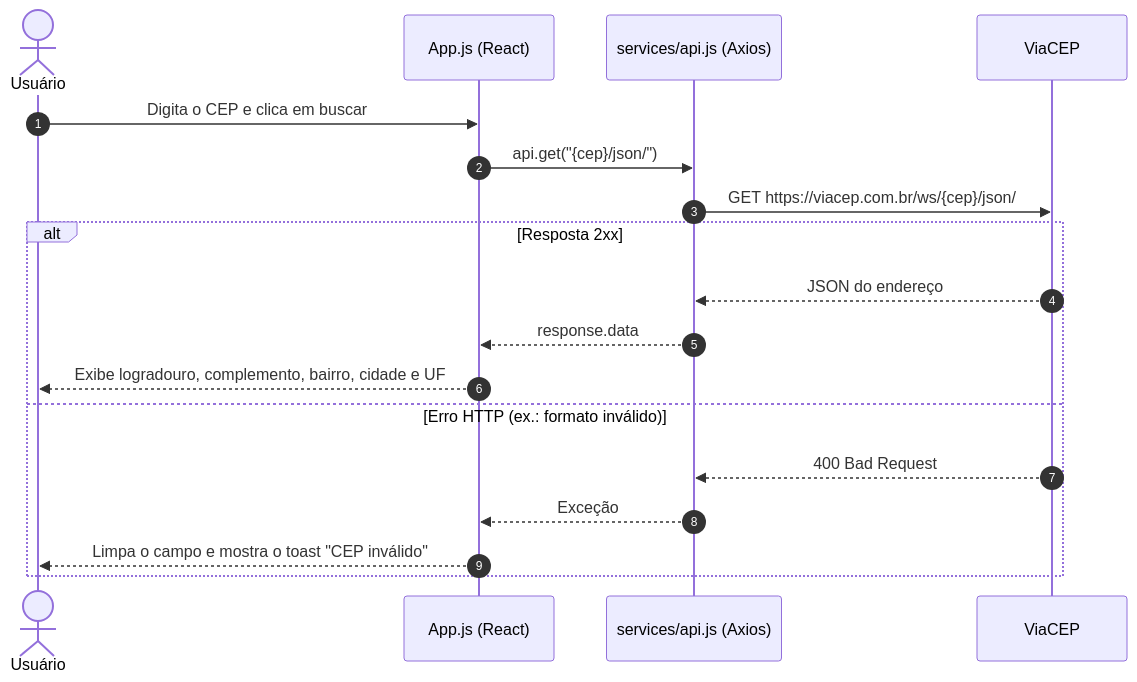
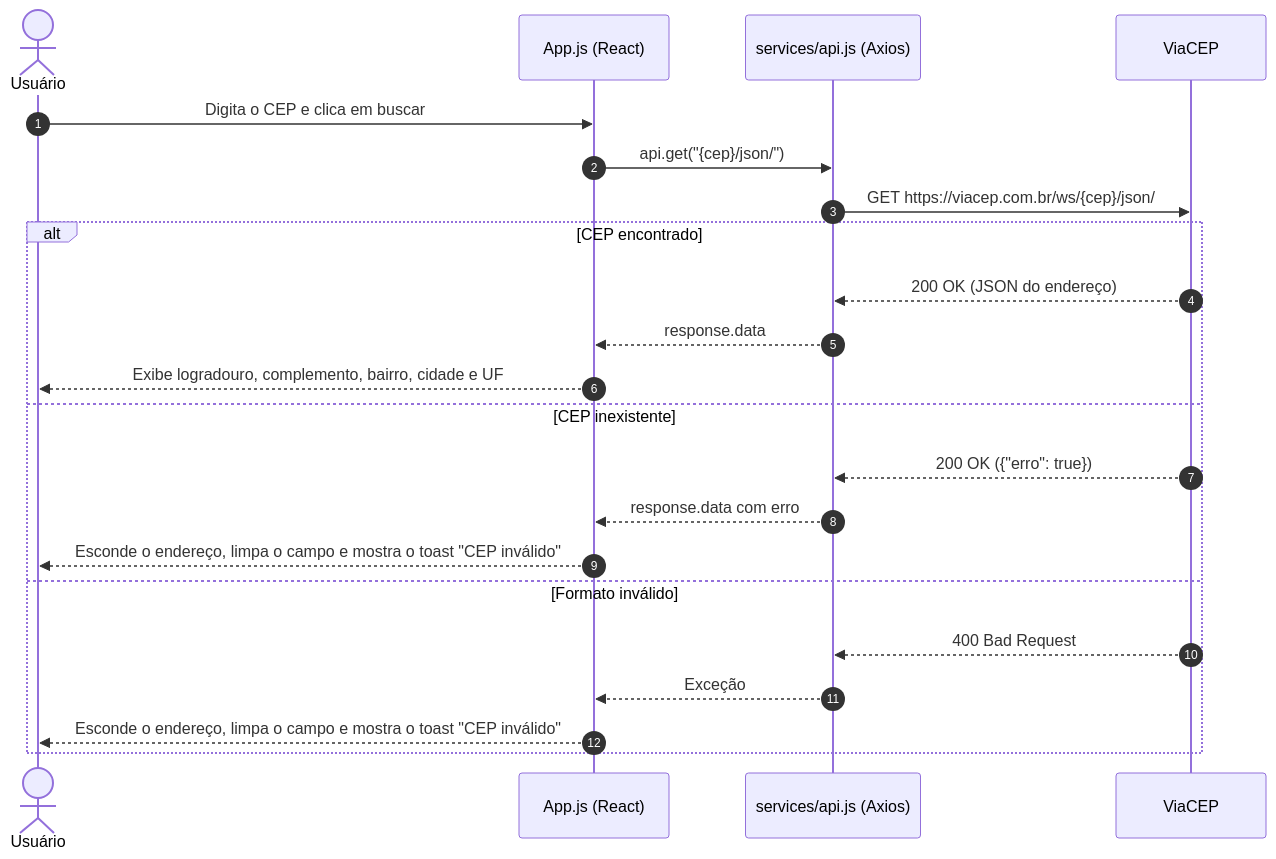
The diagram in README.md (matheusnascimentods/cep-web), drawn with Mermaid before and after one commit. The commit also changed other lines of this file and 1 other file, not shown here.

Commit message:
fix: exibe erro para CEP inexistente
O ViaCEP responde 200 com { erro: "true" } quando o CEP não existe, e
a tela mostrava o bloco de endereço vazio. Agora essa resposta cai no
mesmo tratamento de erro: toast "CEP inválido", campo limpo e endereço
anterior escondido.

````diff
--- a/README.md
+++ b/README.md
@@ -14,21 +14,25 @@
 ```mermaid
 sequenceDiagram
     autonumber
     actor User as Usuário
     participant App as App.js (React)
     participant Api as services/api.js (Axios)
     participant ViaCEP as ViaCEP
 
     User->>App: Digita o CEP e clica em buscar
     App->>Api: api.get("{cep}/json/")
     Api->>ViaCEP: GET https://viacep.com.br/ws/{cep}/json/
-    alt Resposta 2xx
-        ViaCEP-->>Api: JSON do endereço
+    alt CEP encontrado
+        ViaCEP-->>Api: 200 OK (JSON do endereço)
         Api-->>App: response.data
         App-->>User: Exibe logradouro, complemento, bairro, cidade e UF
-    else Erro HTTP (ex.: formato inválido)
+    else CEP inexistente
+        ViaCEP-->>Api: 200 OK ({"erro": true})
+        Api-->>App: response.data com erro
+        App-->>User: Esconde o endereço, limpa o campo e mostra o toast "CEP inválido"
+    else Formato inválido
         ViaCEP-->>Api: 400 Bad Request
         Api-->>App: Exceção
-        App-->>User: Limpa o campo e mostra o toast "CEP inválido"
+        App-->>User: Esconde o endereço, limpa o campo e mostra o toast "CEP inválido"
     end
 ```
````
